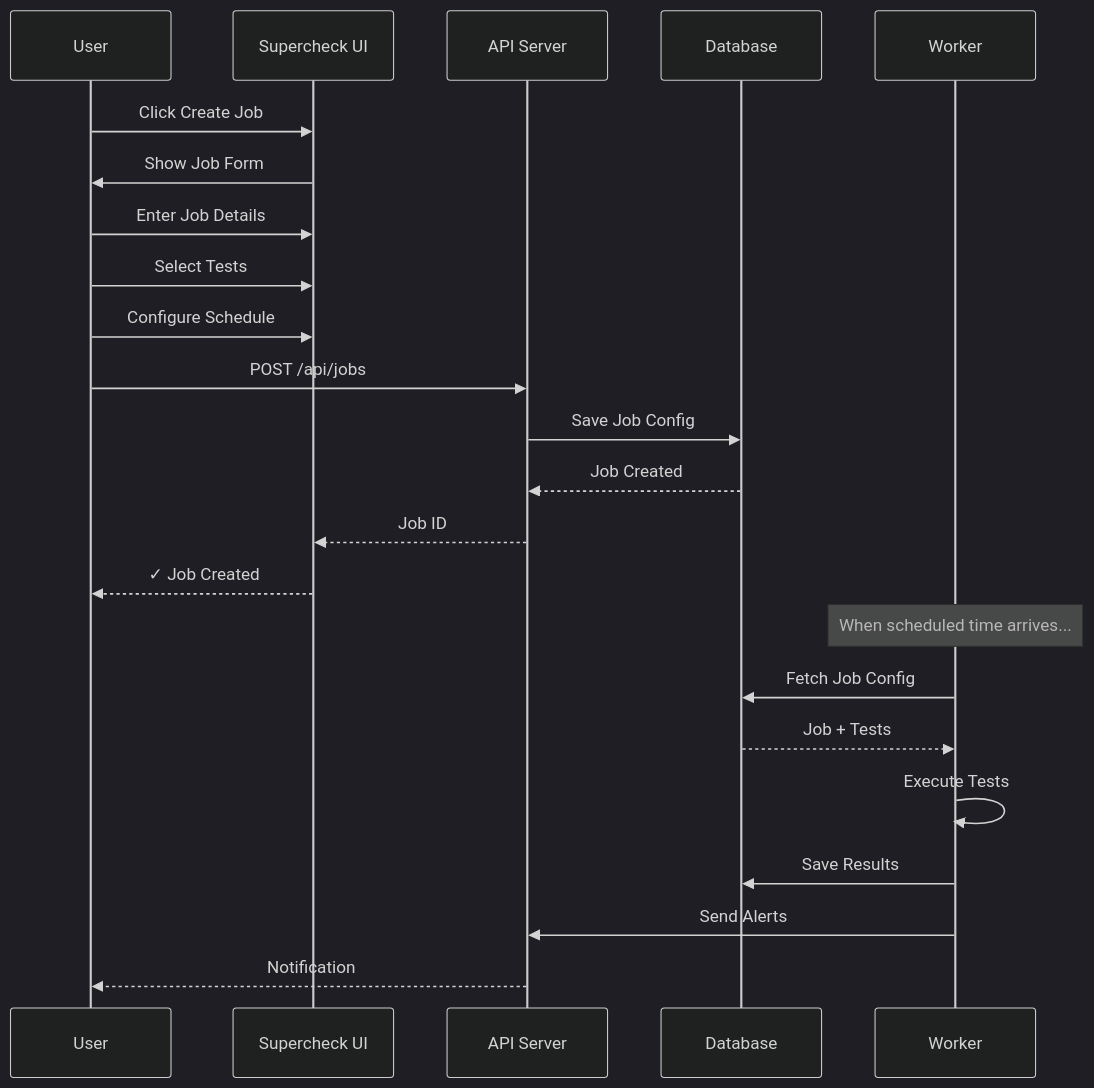
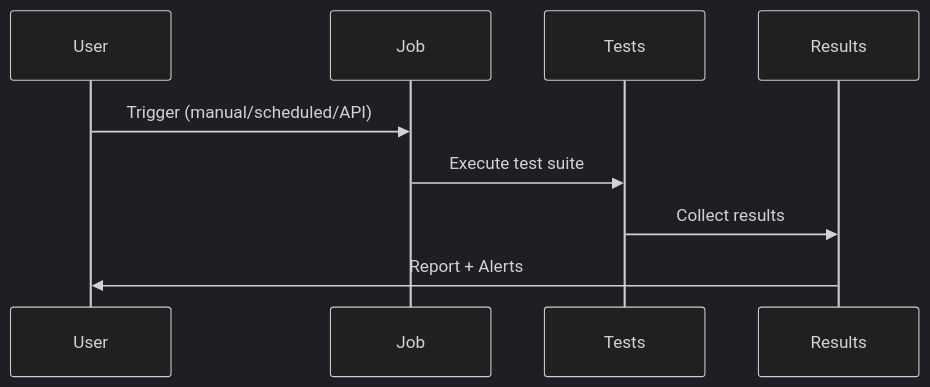
One commit to supercheck-io/supercheck changed the diagram in docs/content/docs/automate/jobs.mdx. Above: the diagram before and after it, drawn with Mermaid (dark theme). The commit also changed other lines of this file and 3 other files, not shown here.

````diff
--- a/docs/content/docs/automate/jobs.mdx
+++ b/docs/content/docs/automate/jobs.mdx
@@ -103,27 +13,12 @@
 ```mermaid
 sequenceDiagram
-    participant U as User
-    participant UI as Supercheck UI
-    participant API as API Server
-    participant DB as Database
-    participant W as Worker
+    participant User
+    participant Job
+    participant Tests
+    participant Results
 
-    U->>UI: Click Create Job
-    UI->>U: Show Job Form
-    U->>UI: Enter Job Details
-    U->>UI: Select Tests
-    U->>UI: Configure Schedule
-    U->>API: POST /api/jobs
-    API->>DB: Save Job Config
-    DB-->>API: Job Created
-    API-->>UI: Job ID
-    UI-->>U: ✓ Job Created
-
-    Note over W: When scheduled time arrives...
-    W->>DB: Fetch Job Config
-    DB-->>W: Job + Tests
-    W->>W: Execute Tests
-    W->>DB: Save Results
-    W->>API: Send Alerts
-    API-->>U: Notification
+    User->>Job: Trigger (manual/scheduled/API)
+    Job->>Tests: Execute test suite
+    Tests->>Results: Collect results
+    Results->>User: Report + Alerts
 ```
````
